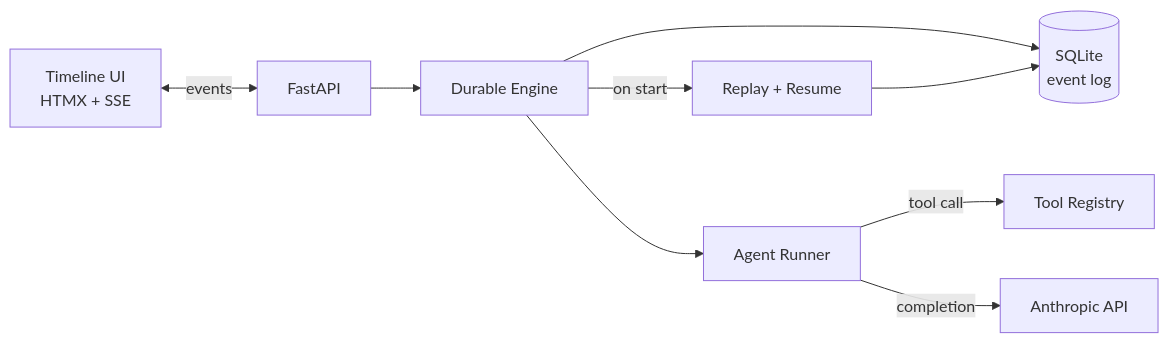
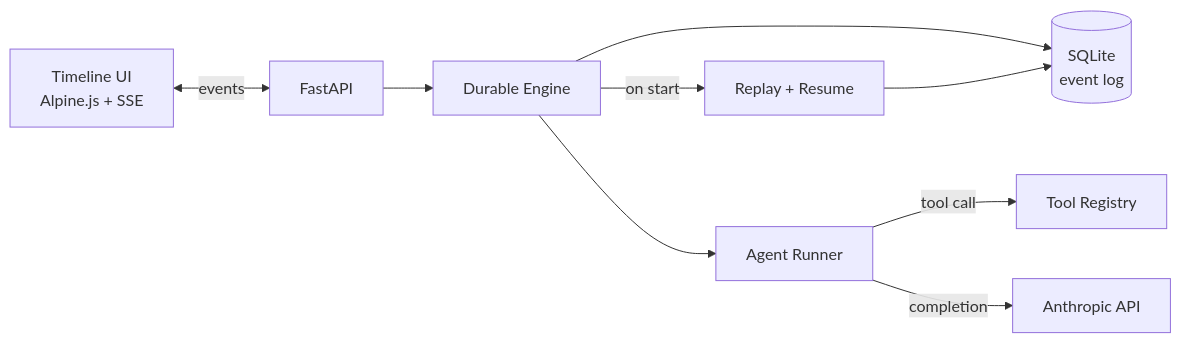
The diagram in README.md (RitikPatill/waypoint-agents), drawn with Mermaid before and after one commit. The commit also changed other lines of this file and 5 other files, not shown here.

````diff
--- a/README.md
+++ b/README.md
@@ -34,11 +34,11 @@
 ```mermaid
 flowchart LR
-    UI[Timeline UI<br/>HTMX + SSE] <-->|events| API[FastAPI]
+    UI[Timeline UI<br/>Alpine.js + SSE] <-->|events| API[FastAPI]
     API --> Engine[Durable Engine]
     Engine --> EventLog[(SQLite<br/>event log)]
     Engine --> Runner[Agent Runner]
     Runner -->|tool call| Tools[Tool Registry]
     Runner -->|completion| Anthropic[Anthropic API]
     Engine -->|on start| Replay[Replay + Resume]
     Replay --> EventLog
 ```
````
